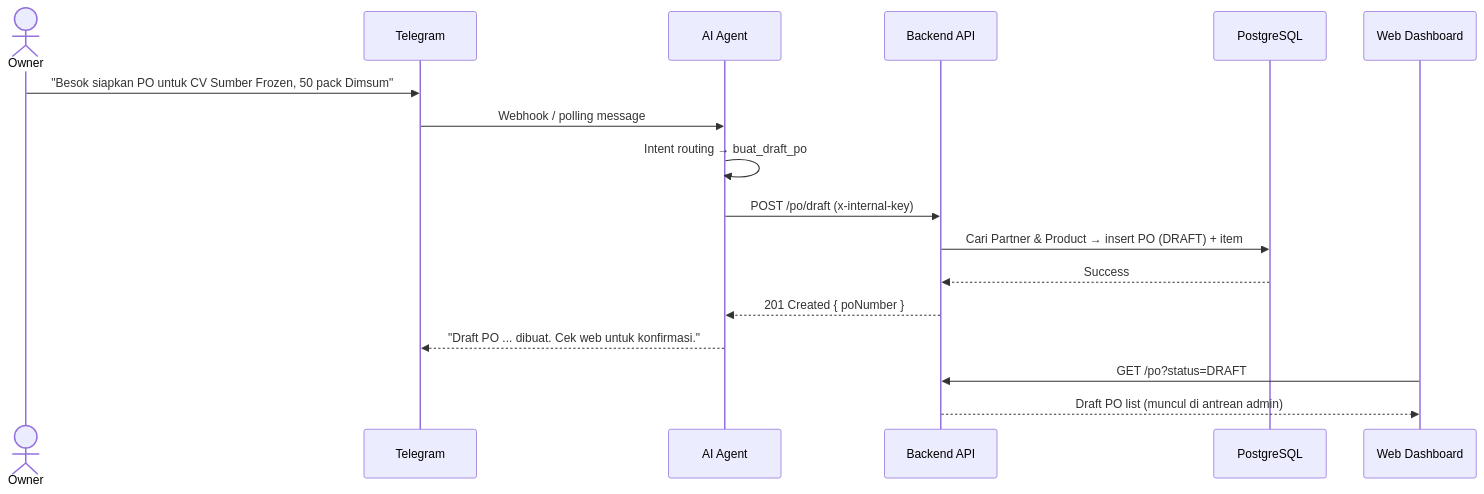
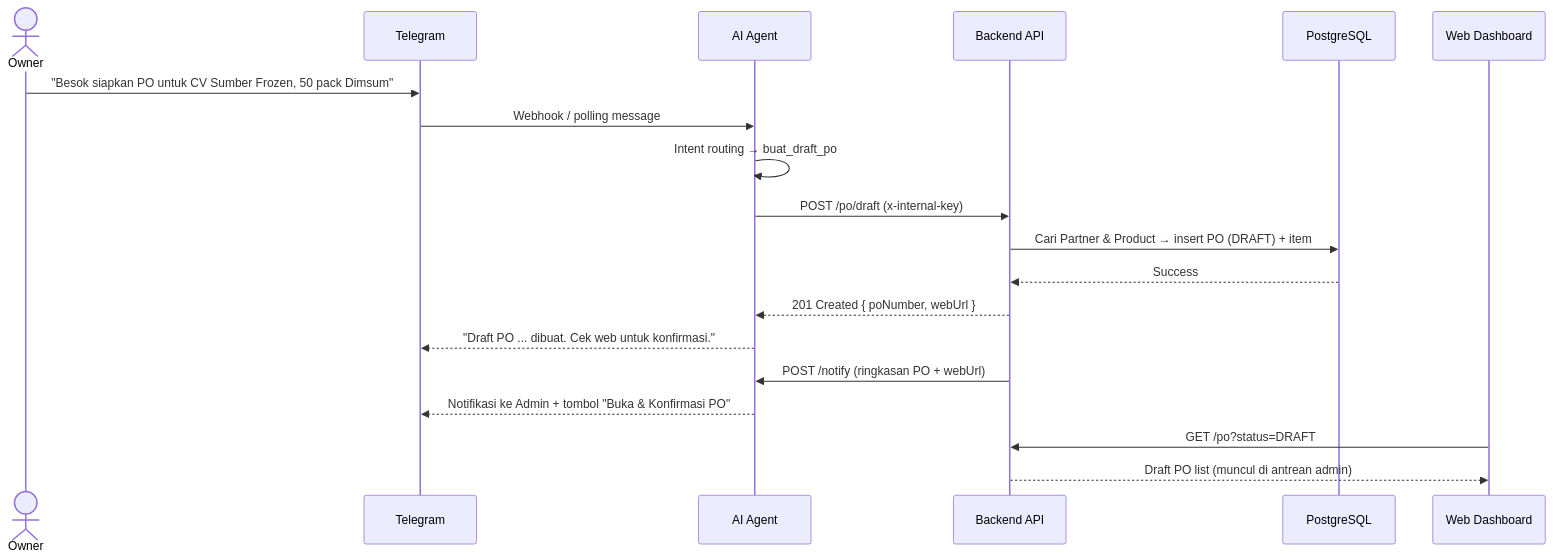
The sixth of 7 diagrams in capstone/PROPOSAL.md (EkaBachrudin/ims), drawn with Mermaid before and after one commit. The commit also changed other lines of this file and 17 other files, not shown here.

````diff
--- a/capstone/PROPOSAL.md
+++ b/capstone/PROPOSAL.md
@@ -604,20 +609,22 @@
 ```mermaid
 sequenceDiagram
     actor Owner
     participant TG as Telegram
     participant AI as AI Agent
     participant BE as Backend API
     participant DB as PostgreSQL
     participant FE as Web Dashboard
 
     Owner->>TG: "Besok siapkan PO untuk CV Sumber Frozen, 50 pack Dimsum"
     TG->>AI: Webhook / polling message
     AI->>AI: Intent routing → buat_draft_po
     AI->>BE: POST /po/draft (x-internal-key)
     BE->>DB: Cari Partner & Product → insert PO (DRAFT) + item
     DB-->>BE: Success
-    BE-->>AI: 201 Created { poNumber }
+    BE-->>AI: 201 Created { poNumber, webUrl }
     AI-->>TG: "Draft PO ... dibuat. Cek web untuk konfirmasi."
+    BE->>AI: POST /notify (ringkasan PO + webUrl)
+    AI-->>TG: Notifikasi ke Admin + tombol "Buka & Konfirmasi PO"
     FE->>BE: GET /po?status=DRAFT
     BE-->>FE: Draft PO list (muncul di antrean admin)
 ```
````
